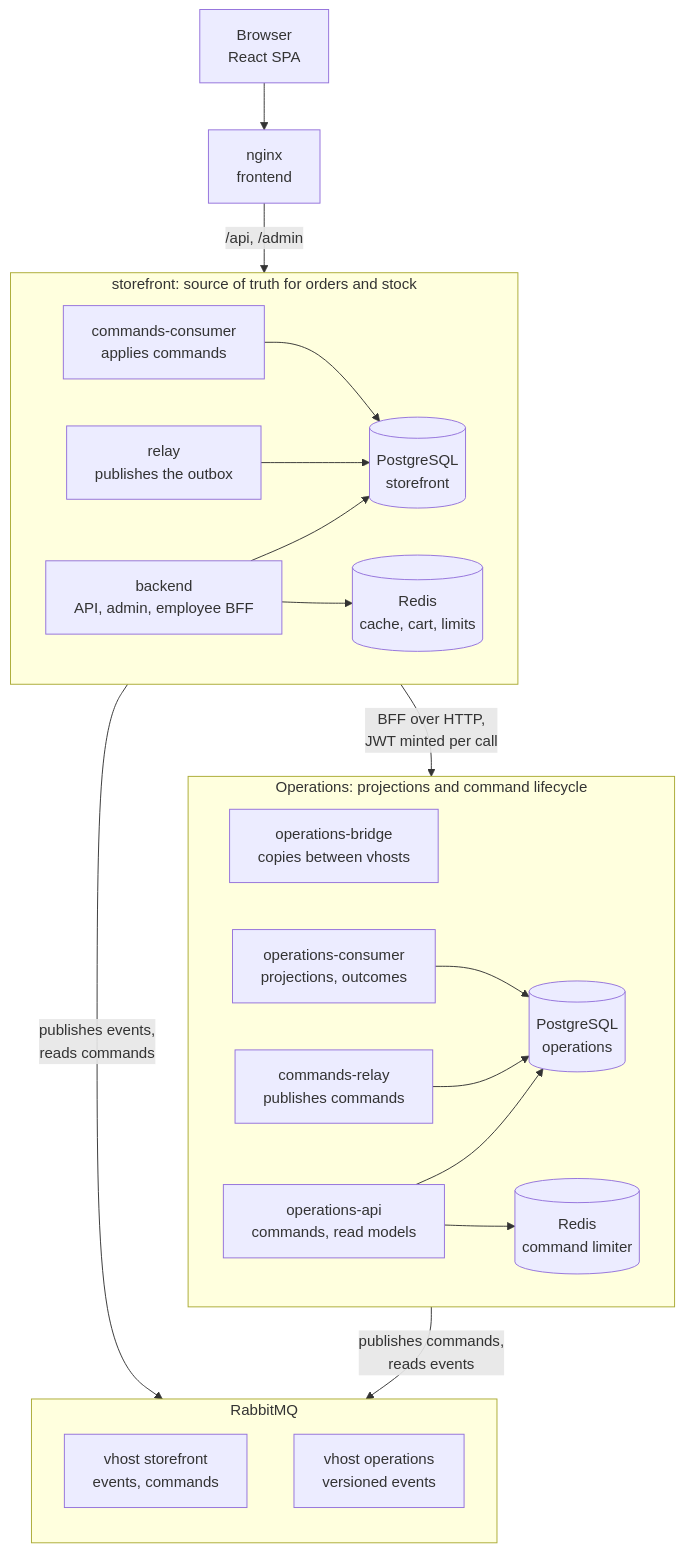
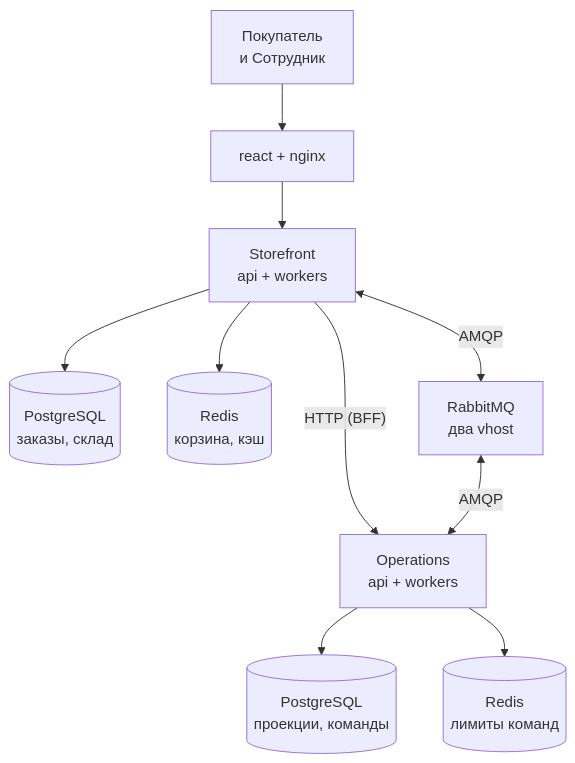
One commit to mailorq/asian-restaurant changed the diagram in README.md. Above: the diagram before and after it, drawn with Mermaid. The commit also changed other lines of this file and 1 other file, not shown here.

Commit message:
readme на русском: обзорная схема, потоки событий и команд, граница транзакции checkout, точный срок отзыва jwt; readme operations синхронизирован с командным контуром, тесты в проекте с уникальным именем

````diff
--- a/README.md
+++ b/README.md
@@ -31,43 +31,12 @@
 ```mermaid
 flowchart TB
-    browser["Browser<br/>React SPA"] --> nginx["nginx<br/>frontend"]
-    nginx -->|"/api, /admin"| storefront
-
-    subgraph storefront["storefront: source of truth for orders and stock"]
-        direction LR
-        backend["backend<br/>API, admin, employee BFF"]
-        relay["relay<br/>publishes the outbox"]
-        cconsumer["commands-consumer<br/>applies commands"]
-        db[("PostgreSQL<br/>storefront")]
-        redis[("Redis<br/>cache, cart, limits")]
-        backend --> db
-        backend --> redis
-        relay --> db
-        cconsumer --> db
-    end
-
-    subgraph operations["Operations: projections and command lifecycle"]
-        direction LR
-        api["operations-api<br/>commands, read models"]
-        crelay["commands-relay<br/>publishes commands"]
-        bridge["operations-bridge<br/>copies between vhosts"]
-        oconsumer["operations-consumer<br/>projections, outcomes"]
-        odb[("PostgreSQL<br/>operations")]
-        oredis[("Redis<br/>command limiter")]
-        api --> odb
-        api --> oredis
-        crelay --> odb
-        oconsumer --> odb
-        bridge ~~~ odb
-    end
-
-    subgraph broker["RabbitMQ"]
-        direction TB
-        vs["vhost storefront<br/>events, commands"]
-        vo["vhost operations<br/>versioned events"]
-    end
-
-    storefront -->|"BFF over HTTP,<br/>JWT minted per call"| operations
-    storefront -->|"publishes events,<br/>reads commands"| broker
-    operations -->|"publishes commands,<br/>reads events"| broker
+    user["Покупатель<br/>и Сотрудник"] --> web["react + nginx"]
+    web --> store["Storefront<br/>api + workers"]
+    store --> sdb[("PostgreSQL<br/>заказы, склад")]
+    store --> sredis[("Redis<br/>корзина, кэш")]
+    store <-->|AMQP| mq["RabbitMQ<br/>два vhost"]
+    store -->|"HTTP (BFF)"| ops["Operations<br/>api + workers"]
+    mq <-->|AMQP| ops
+    ops --> odb[("PostgreSQL<br/>проекции, команды")]
+    ops --> oredis[("Redis<br/>лимиты команд")]
 ```
````
